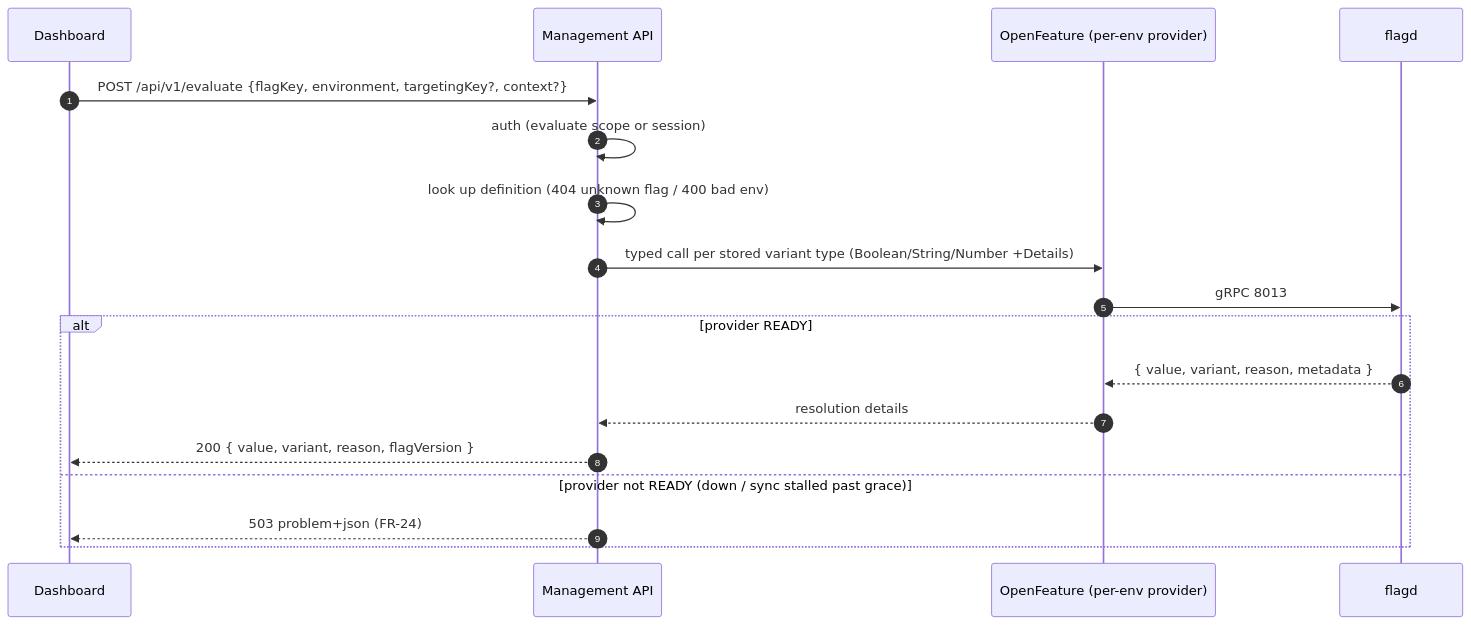
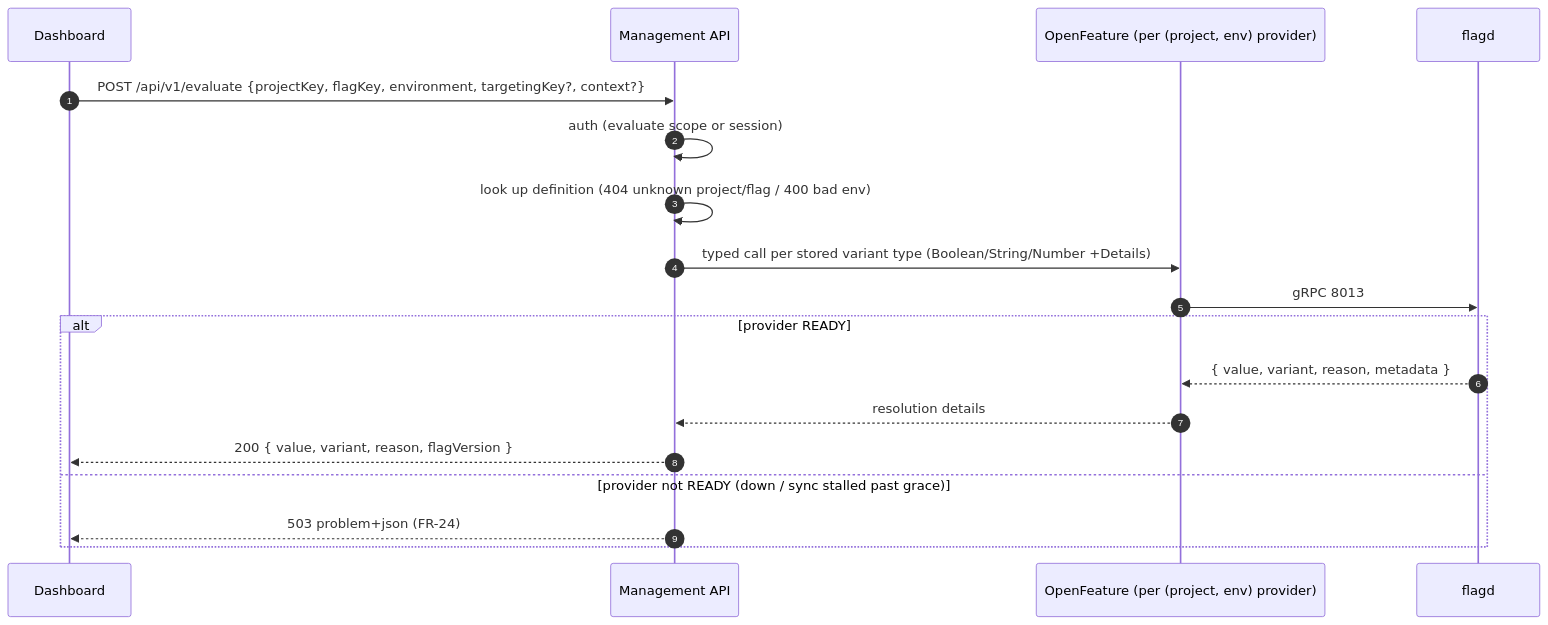
The fourth of 5 diagrams in docs/02-architecture.md (kokhoui83/flag-management-system-v2), drawn with Mermaid before and after one commit. The commit also changed other lines of this file and 6 other files, not shown here.

````diff
--- a/docs/02-architecture.md
+++ b/docs/02-architecture.md
@@ -262,21 +269,21 @@
 ```mermaid
 sequenceDiagram
     autonumber
     participant D as Dashboard
     participant API as Management API
-    participant P as OpenFeature (per-env provider)
+    participant P as OpenFeature (per (project, env) provider)
     participant F as flagd
 
-    D->>API: POST /api/v1/evaluate {flagKey, environment, targetingKey?, context?}
+    D->>API: POST /api/v1/evaluate {projectKey, flagKey, environment, targetingKey?, context?}
     API->>API: auth (evaluate scope or session)
-    API->>API: look up definition (404 unknown flag / 400 bad env)
+    API->>API: look up definition (404 unknown project/flag / 400 bad env)
     API->>P: typed call per stored variant type (Boolean/String/Number +Details)
     P->>F: gRPC 8013
     alt provider READY
         F-->>P: { value, variant, reason, metadata }
         P-->>API: resolution details
         API-->>D: 200 { value, variant, reason, flagVersion }
     else provider not READY (down / sync stalled past grace)
         API-->>D: 503 problem+json (FR-24)
     end
 ```
````
